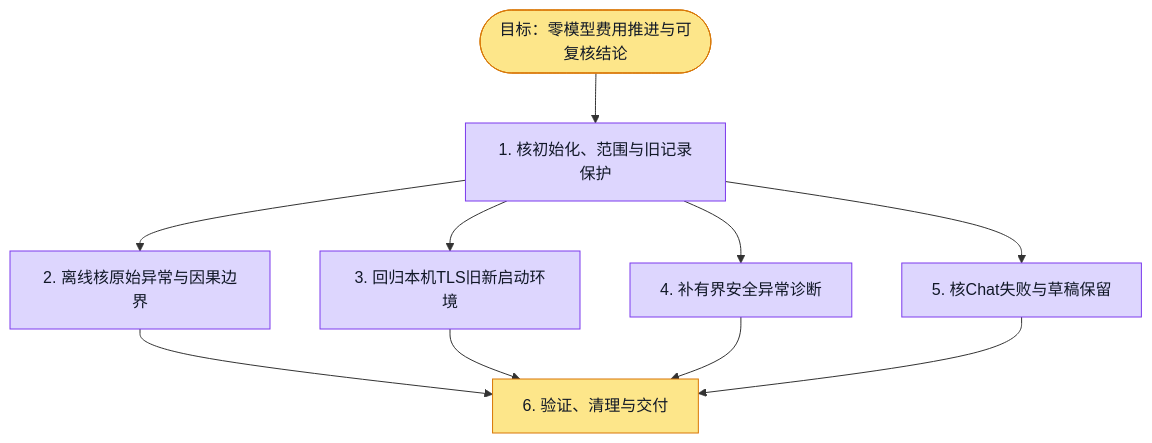
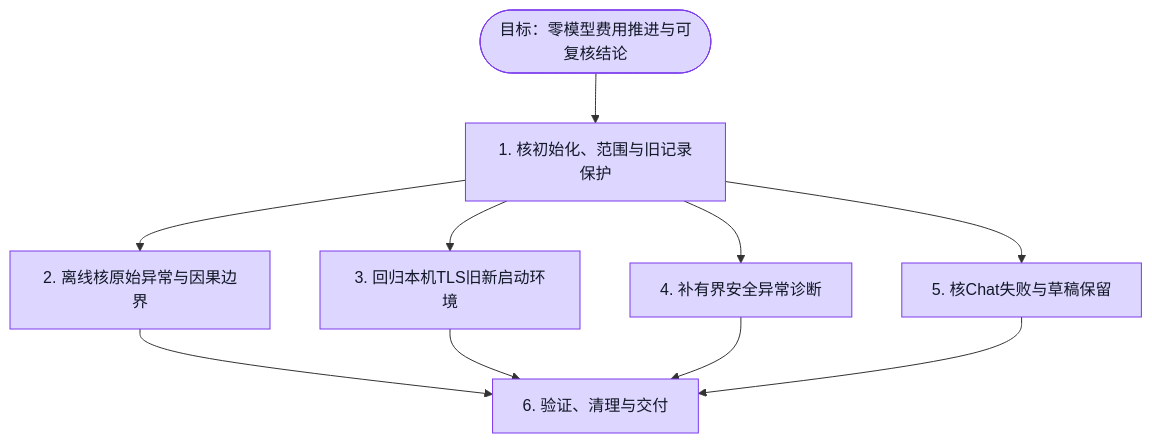
One commit to boardx/workspacex changed the diagram in docs/evidence/aidt-native/zero-cost-followup-20261116/execution.plan.md. Above: the diagram before and after it, drawn with Mermaid. The commit also changed 5 other files, not shown here.

````diff
--- a/docs/evidence/aidt-native/zero-cost-followup-20261116/execution.plan.md
+++ b/docs/evidence/aidt-native/zero-cost-followup-20261116/execution.plan.md
@@ -8,32 +8,34 @@
 ```mermaid
 flowchart TD
   G([目标：零模型费用推进与可复核结论])
   E[1. 核初始化、范围与旧记录保护]
   C[2. 离线核原始异常与因果边界]
   L[3. 回归本机TLS旧新启动环境]
   D[4. 补有界安全异常诊断]
   U[5. 核Chat失败与草稿保留]
   V[6. 验证、清理与交付]
   G --> E
   E --> C --> V
   E --> L --> V
   E --> D --> V
   E --> U --> V
   classDef todo fill:#e5e7eb,stroke:#6b7280,color:#111827
   classDef doing fill:#fde68a,stroke:#d97706,color:#111827
   classDef done fill:#bbf7d0,stroke:#16a34a,color:#111827
   classDef tested fill:#ddd6fe,stroke:#7c3aed,color:#111827
   classDef blocked fill:#fecaca,stroke:#dc2626,color:#111827
-  class G doing
+  class G tested
+  %% evidence G: 仅本轮零模型费用目标完成：限定取证/机制回归/安全日志/草稿修复与交付有证据；不代表原S2根因已证、真实模型E2E通过或费用已结算
   class E tested
   %% evidence E: 标准init quick exit0；原6agent分工与无模型/财务写范围已明确；旧S2 journal不重置
   class C tested
   %% evidence C: A2网络none只读工具限定debug/error+4native字段，原错误及41B安全primitive仅APIConnectionError；6JSON/links0，原cause未知；A3独立边界审阅，不以机制回归追认历史
   class L tested
   %% evidence L: 实际HTTPX/loopback TLS旧profile验证失败且HEAD0，新helper校验开HEAD200且1次；标准租约/重bind/临时私钥清理通过；6/6含5旧env tests，scopedTS/loopback gate0，不证明historicalS2原cause
   class D tested
   %% evidence D: ebbb40272私有安全诊断12/12stdlib实际通过，含内存Runtime与ASGI poll/SSE原wire逐字不变、未知类/secret/控制信号/日志失败/有界cause图；compile0，无实际模型
   class U tested
   %% evidence U: c9cf6ebb7仅失败重试保B文本/活跃mention/新附件，重发A原文/id/来源冻结，后续正常send B仍清稿；4文件25回归通过，强化host11另过（包含重叠不相加），fullWeb tsc0、lint0
-  class V doing
+  class V tested
+  %% evidence V: 源码Libraryv8/PDFv7 guard成功；ZIP manifest全hash/私密key0/临时keys不含，PDF27页内嵌字体/非空/无越界/人工签字空，Library页1/16/24/27回读通过；loopback和工具容器已清理，原三预算hash未动
 ```
````
